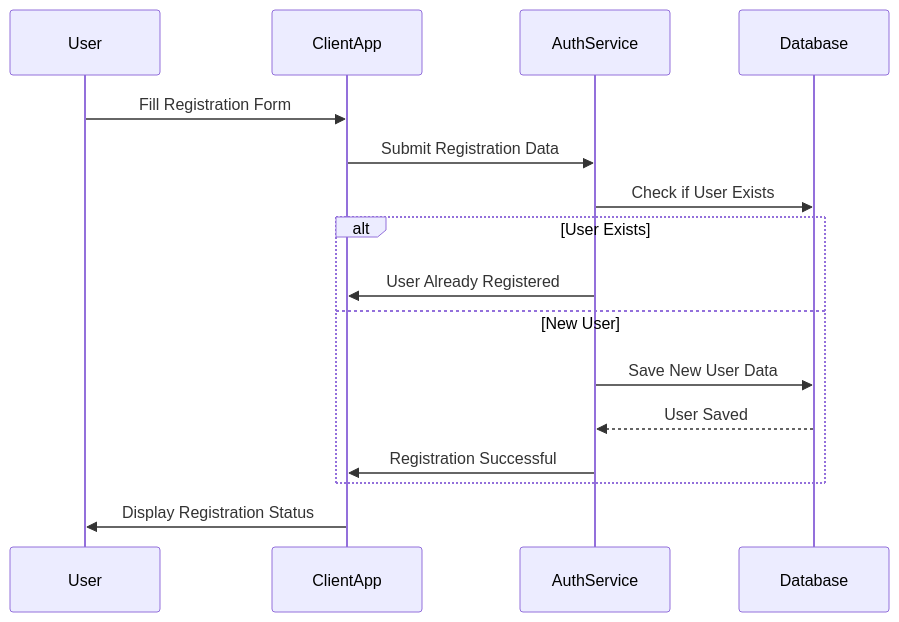
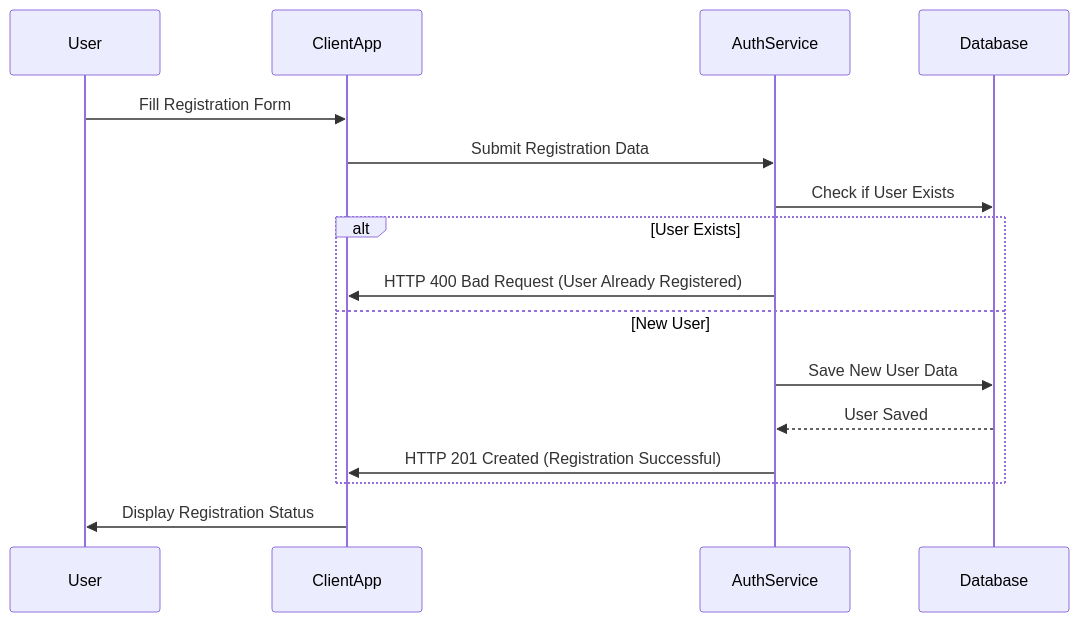
Before and after one commit to OlhaMish/test-docs: the sixth of 6 diagrams in docs/README.md, drawn with Mermaid.

Commit message:
fix: try mermaid

````diff
--- a/docs/README.md
+++ b/docs/README.md
@@ -124,19 +124,19 @@
 ```mermaid
 sequenceDiagram
     participant User
     participant ClientApp
     participant AuthService
     participant Database
 
     User->>ClientApp: Fill Registration Form
     ClientApp->>AuthService: Submit Registration Data
     AuthService->>Database: Check if User Exists
     alt User Exists
-        AuthService->>ClientApp: User Already Registered
+        AuthService->>ClientApp: HTTP 400 Bad Request (User Already Registered)
     else New User
         AuthService->>Database: Save New User Data
         Database-->>AuthService: User Saved
-        AuthService->>ClientApp: Registration Successful
+        AuthService->>ClientApp: HTTP 201 Created (Registration Successful)
     end
     ClientApp->>User: Display Registration Status
 ```
````
